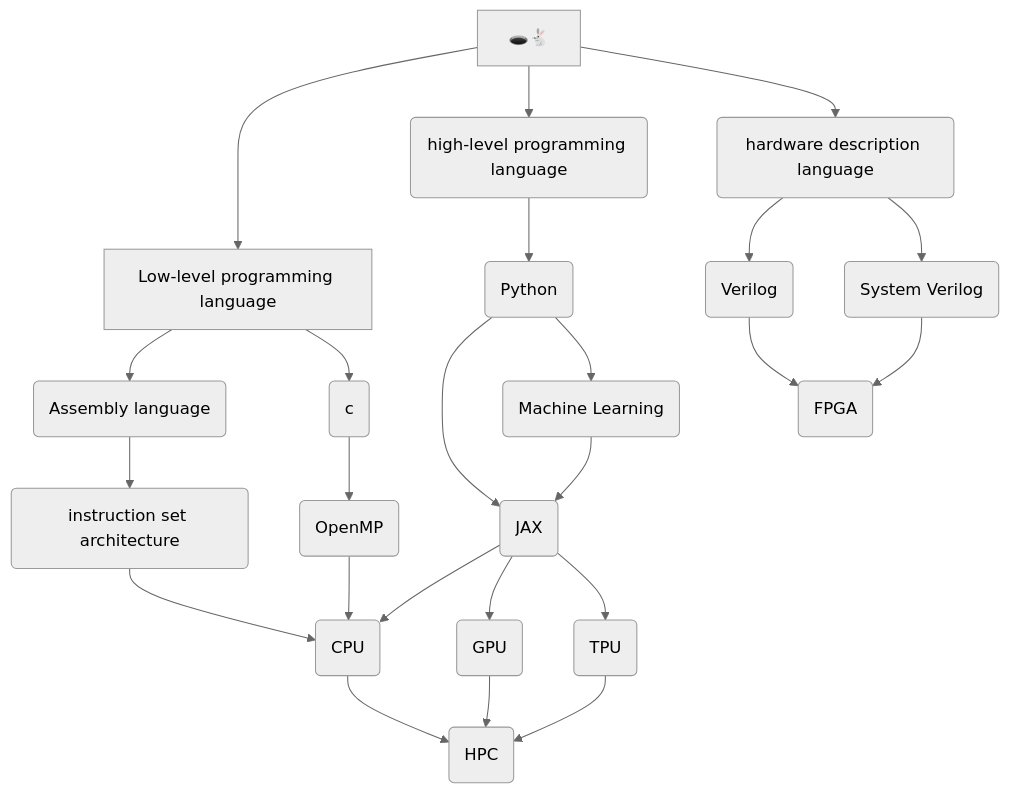
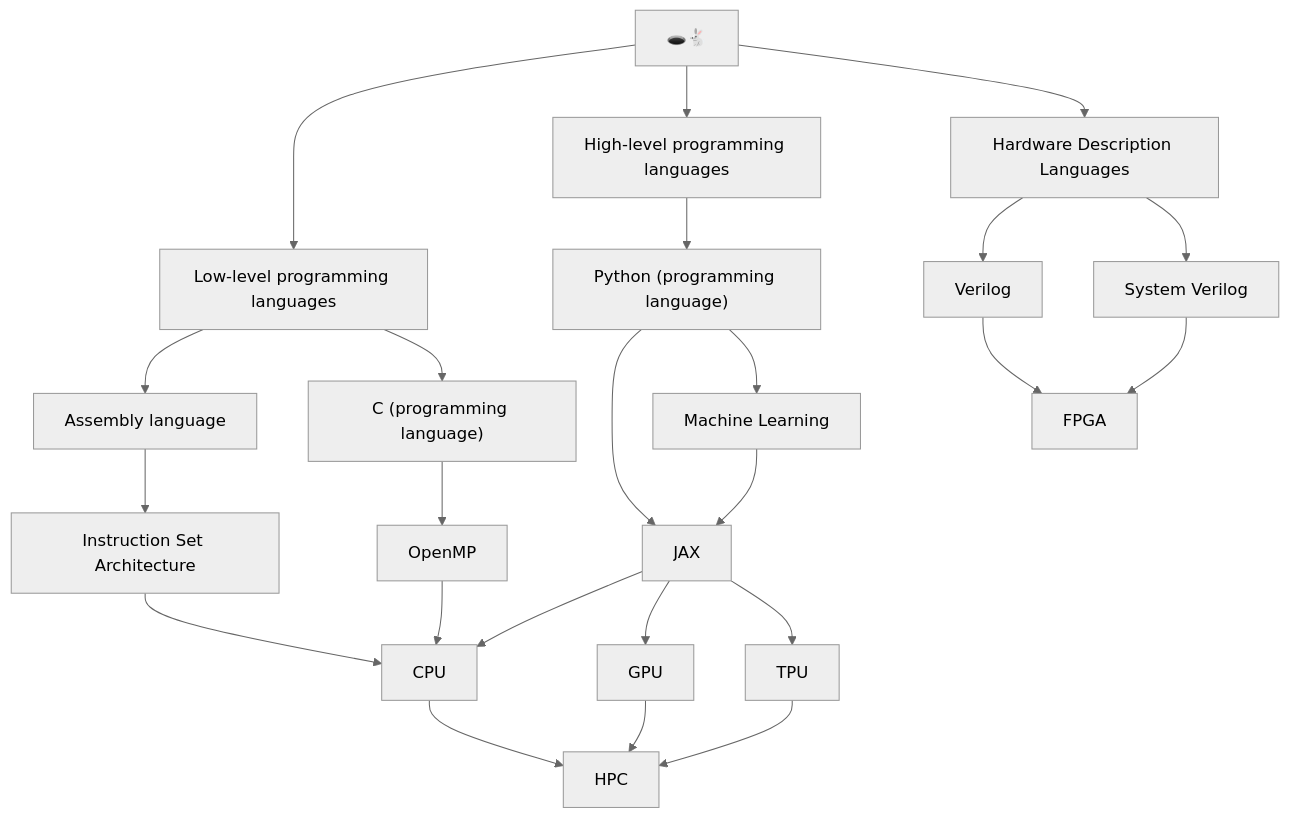
The diagram in content/index.md (gpullela/quartz), drawn with Mermaid (neutral theme) before and after one commit.

Commit message:
Quartz sync: Nov 9, 2023, 1:46 AM

````diff
--- a/content/index.md
+++ b/content/index.md
@@ -23,13 +23,29 @@
 ```mermaid
 graph TB;
-A["🕳️🐇"] --> low["Low-level programming language"] & high(high-level programming language) & hw(hardware description language);
-low --> asm(Assembly language) & c(c);
-c --> omp(OpenMP) --> cpu(CPU);
-asm --> isa(instruction set architecture) --> cpu;
-high --> py(Python) --> jax(JAX) & ml(Machine Learning);
-ml --> jax --> cpu & gpu(GPU) & tpu(TPU);
-cpu & gpu & tpu --> hpc(HPC);
-hw --> v(Verilog) & sv(System Verilog) --> fpga(FPGA);
-class high,hw,asm,c,omp,cpu,isa,py,jax,ml,gpu,tpu,hpc,v,sv,fpga internal-links;
+A["🕳️🐇"] --> low["Low-level programming languages"] & high["High-level programming languages"] & hw["Hardware Description Languages"];
+low --> asm["Assembly language"] & c["C (programming language)"];
+c --> omp["OpenMP"] --> cpu["CPU"];
+asm --> isa["Instruction Set Architecture"] --> cpu;
+high --> py["Python (programming language)"] --> jax["JAX"] & ml["Machine Learning"];
+ml --> jax --> cpu & gpu["GPU"] & tpu["TPU"];
+cpu & gpu & tpu --> hpc["HPC"];
+hw --> v["Verilog"] & sv["System Verilog"] --> fpga["FPGA"];
+
 click low href "./Engineering/low-level-programming-language";
+click high href "./Engineering/high-level-programming-language";
+click hw href "./Engineering/hardware-description-language";
+click asm href "./Engineering/Assembly-language";
+click c href "./Engineering/c";
+click omp href "./Engineering/OpenMP";
+click cpu href "./Engineering/CPU";
+click isa href "./Engineering/instruction-set-architecture";
+click py href "./Engineering/Python";
+click jax href "./Engineering/JAX";
+click ml href "./Engineering/Machine-Learning";
+click gpu href "./Engineering/GPU";
+click tpu href "./Engineering/TPU";
+click hpc href "./Engineering/HPC";
+click v href "./Engineering/Verilog";
+click sv href "./Engineering/System-Verilog";
+click fpga href "./Engineering/FPGA";
 ```
````
